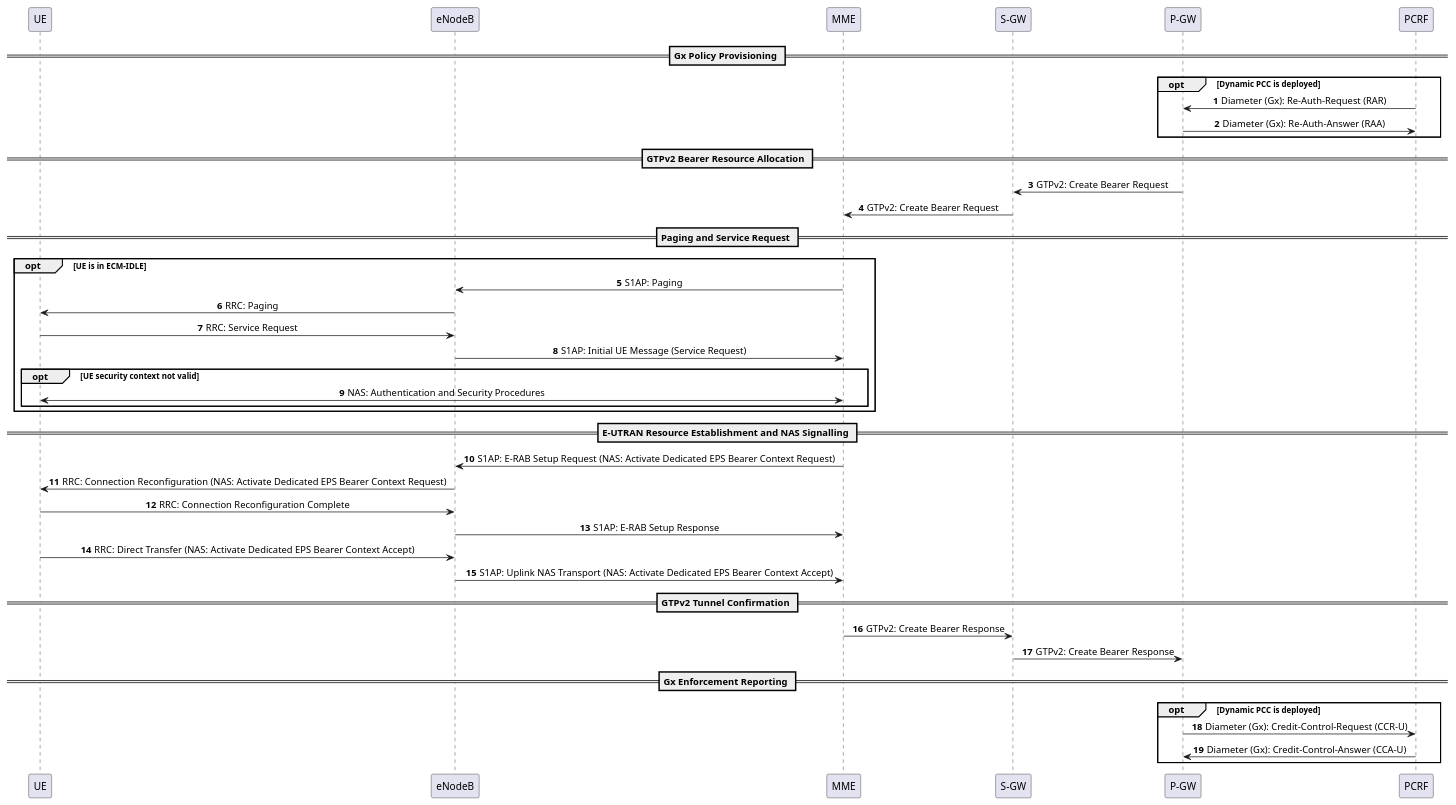
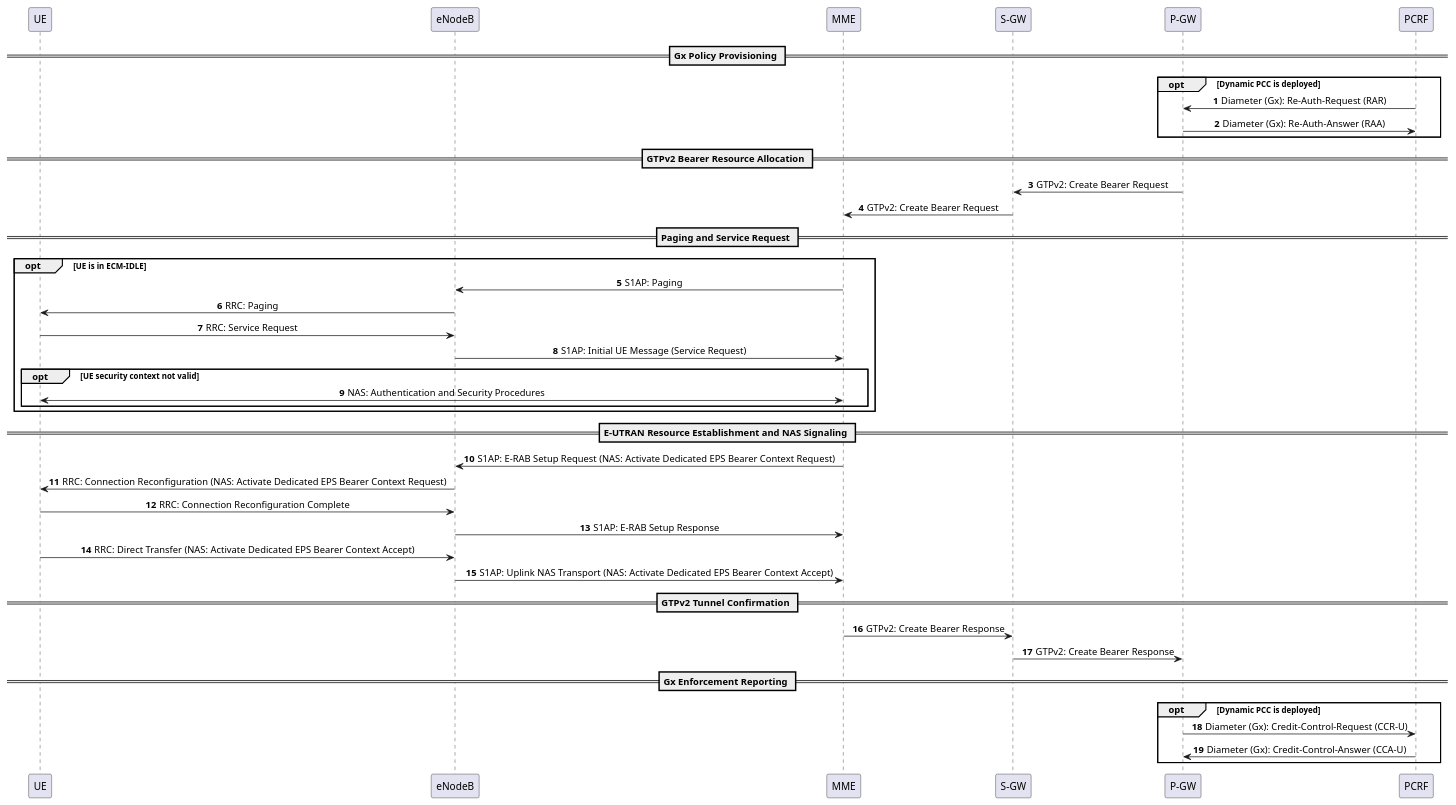
The diagram in diagrams/dedicated-bearer-activation-call-flow.puml (amirsarebani81/core-network), drawn with PlantUML before and after one commit. The commit also changed 9 other files, not shown here.

```diff
--- a/diagrams/dedicated-bearer-activation-call-flow.puml
+++ b/diagrams/dedicated-bearer-activation-call-flow.puml
@@ -1,51 +1,51 @@
 @startuml
 autonumber
 skinparam sequenceMessageAlign center
 participant "UE" as UE
 participant "eNodeB" as ENB
 participant "MME" as MME
 participant "S-GW" as SGW
 participant "P-GW" as PGW
 participant "PCRF" as PCRF
 
 == Gx Policy Provisioning ==
 opt Dynamic PCC is deployed
     PCRF -> PGW: Diameter (Gx): Re-Auth-Request (RAR)
     PGW -> PCRF: Diameter (Gx): Re-Auth-Answer (RAA)
 end
 
 == GTPv2 Bearer Resource Allocation ==
 PGW -> SGW: GTPv2: Create Bearer Request
 SGW -> MME: GTPv2: Create Bearer Request
 
 == Paging and Service Request ==
 opt UE is in ECM-IDLE
     MME -> ENB: S1AP: Paging
     ENB -> UE: RRC: Paging
     UE -> ENB: RRC: Service Request
     ENB -> MME: S1AP: Initial UE Message (Service Request)
 
     opt UE security context not valid
         MME <-> UE: NAS: Authentication and Security Procedures
     end
 end
 
-== E-UTRAN Resource Establishment and NAS Signalling ==
+== E-UTRAN Resource Establishment and NAS Signaling ==
 MME -> ENB: S1AP: E-RAB Setup Request (NAS: Activate Dedicated EPS Bearer Context Request)
 ENB -> UE: RRC: Connection Reconfiguration (NAS: Activate Dedicated EPS Bearer Context Request)
 UE -> ENB: RRC: Connection Reconfiguration Complete
 ENB -> MME: S1AP: E-RAB Setup Response
 
 UE -> ENB: RRC: Direct Transfer (NAS: Activate Dedicated EPS Bearer Context Accept)
 ENB -> MME: S1AP: Uplink NAS Transport (NAS: Activate Dedicated EPS Bearer Context Accept)
 
 == GTPv2 Tunnel Confirmation ==
 MME -> SGW: GTPv2: Create Bearer Response
 SGW -> PGW: GTPv2: Create Bearer Response
 
 == Gx Enforcement Reporting ==
 opt Dynamic PCC is deployed
     PGW -> PCRF: Diameter (Gx): Credit-Control-Request (CCR-U)
     PCRF -> PGW: Diameter (Gx): Credit-Control-Answer (CCA-U)
 end
 @enduml
```
